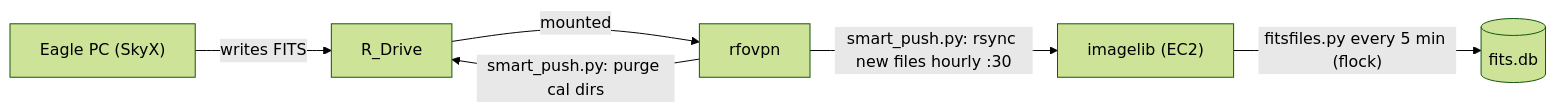
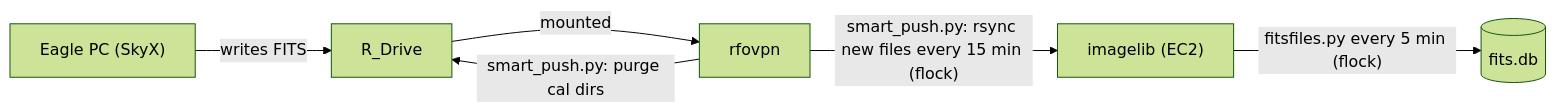
One commit to vmoa/imagelib changed the second of 2 diagrams in doc/imagelib_flow.md. Above: the diagram before and after it, drawn with Mermaid (forest theme). The commit also changed other lines of this file, not shown here.

First line of the commit message:
docs: add flock to rfovpn cron; change cadence to every 15 min

````diff
--- a/doc/imagelib_flow.md
+++ b/doc/imagelib_flow.md
@@ -25,8 +25,8 @@
 ```mermaid
 flowchart LR
     PC["Eagle PC (SkyX)"] -- "writes FITS" --> RD["R_Drive"]
     RD -- "mounted" --> RFOVPN["rfovpn"]
     RFOVPN -- "smart_push.py: purge cal dirs" --> RD
-    RFOVPN -- "smart_push.py: rsync new files hourly :30" --> IMG["imagelib (EC2)"]
+    RFOVPN -- "smart_push.py: rsync new files every 15 min (flock)" --> IMG["imagelib (EC2)"]
     IMG -- "fitsfiles.py every 5 min (flock)" --> DB[("fits.db")]
 ```
````
